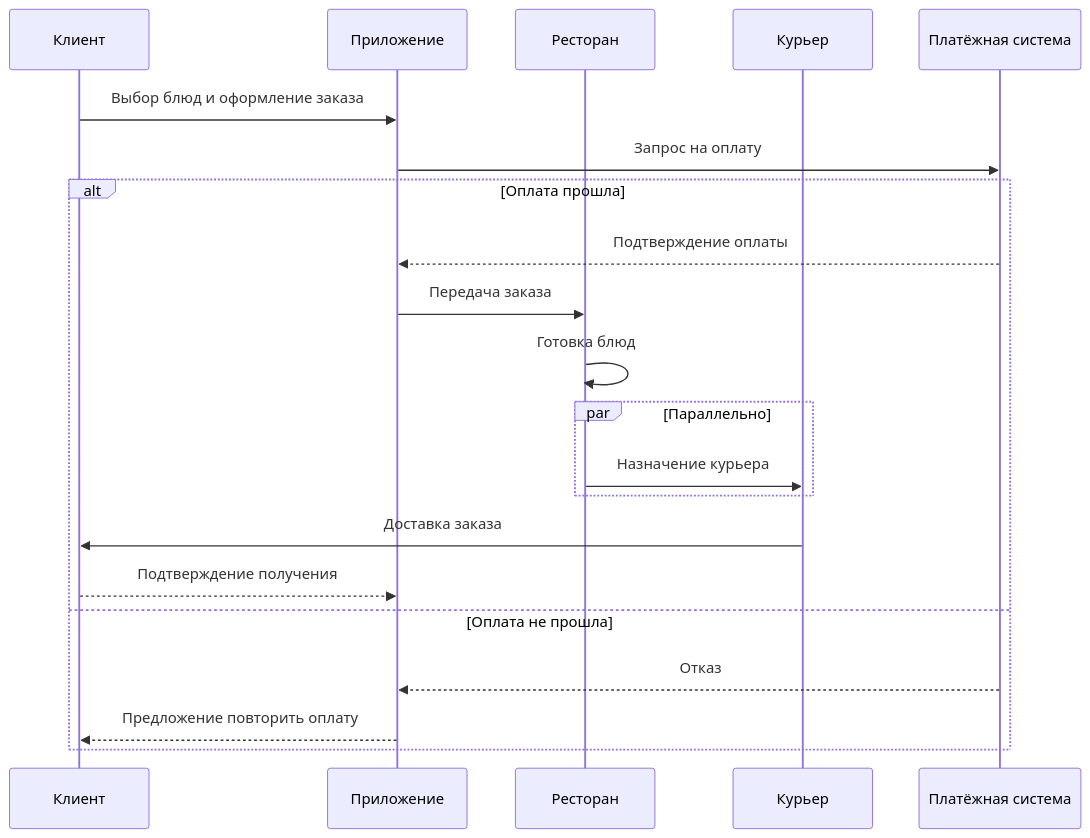
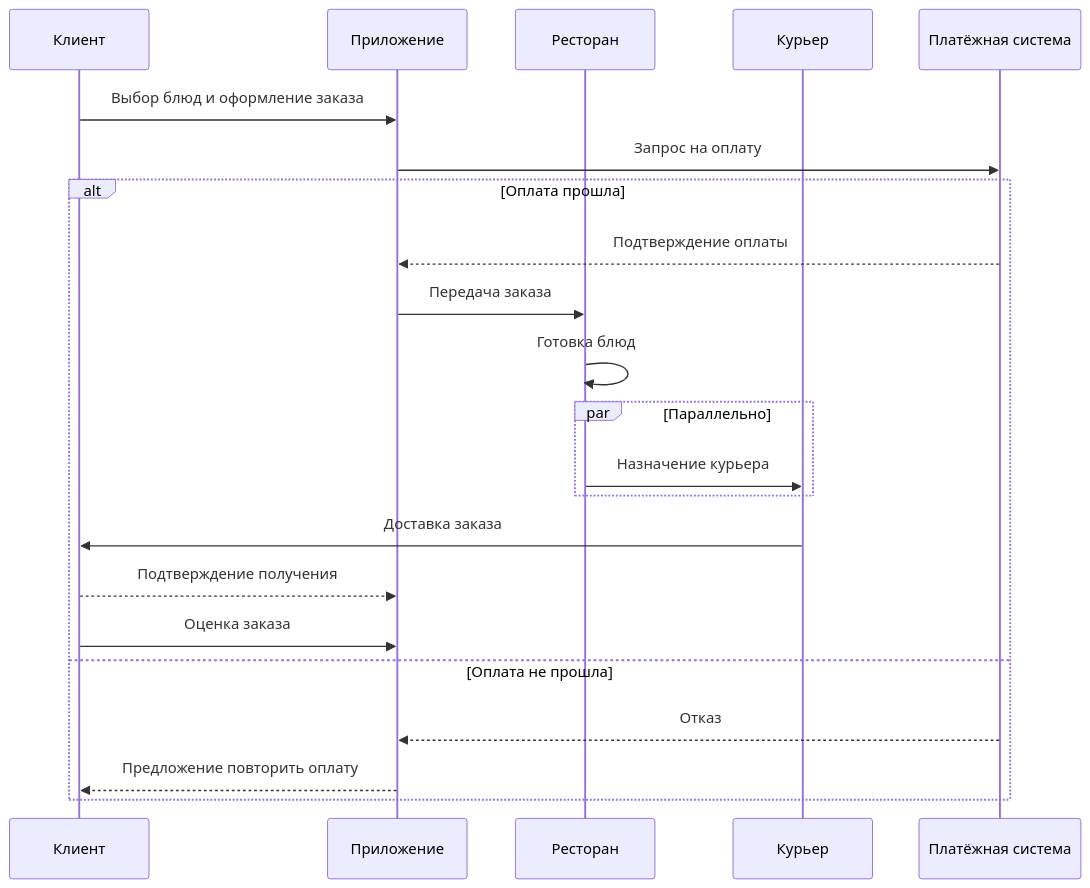
The diagram in lab1/docs/sequence.md (Darya-Sevashko/visual-programming-labs-Sevashko), drawn with Mermaid before and after one commit.

Commit message:
Update sequence diagram: add minor element

````diff
--- a/lab1/docs/sequence.md
+++ b/lab1/docs/sequence.md
@@ -3,25 +3,26 @@
 ```mermaid
 sequenceDiagram
     participant K as Клиент
     participant P as Приложение
     participant R as Ресторан
     participant C as Курьер
     participant S as Платёжная система
 
     K->>P: Выбор блюд и оформление заказа
     P->>S: Запрос на оплату
     alt Оплата прошла
         S-->>P: Подтверждение оплаты
         P->>R: Передача заказа
         R->>R: Готовка блюд
         par Параллельно
             R->>C: Назначение курьера
         end
         C->>K: Доставка заказа
         K-->>P: Подтверждение получения
+        K->>P: Оценка заказа
     else Оплата не прошла
         S-->>P: Отказ
         P-->>K: Предложение повторить оплату
     end
 
 ```
````
